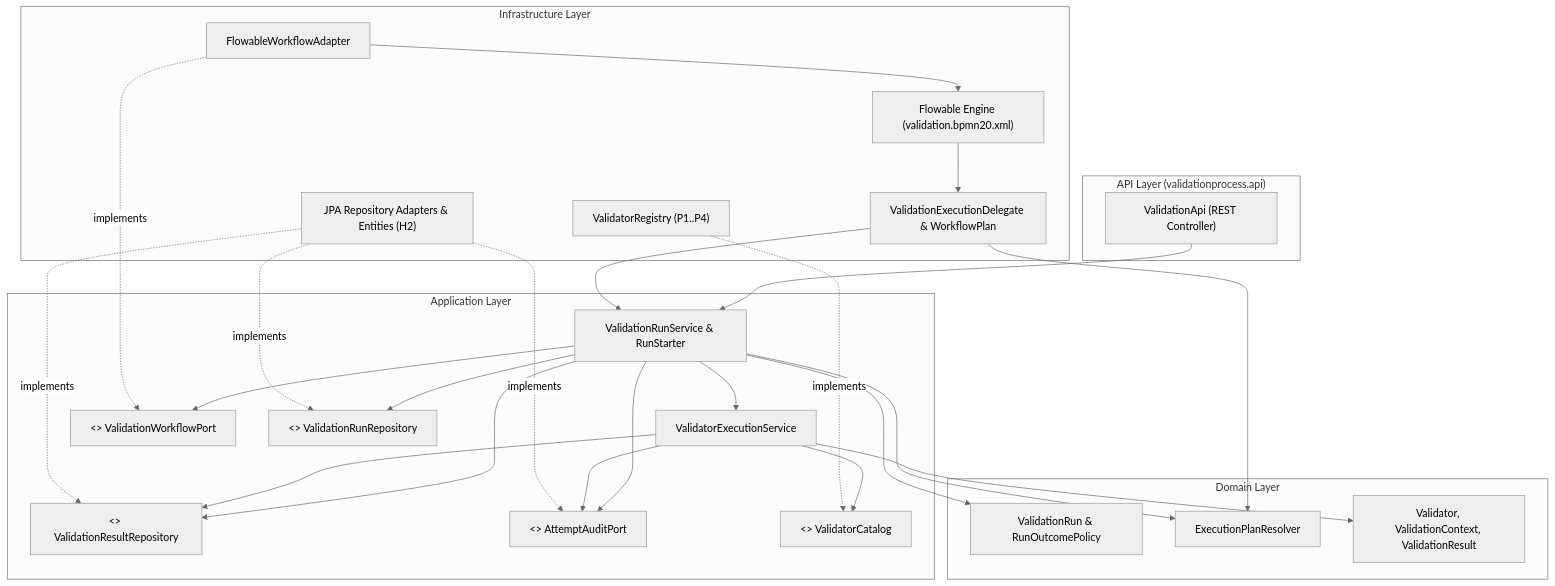
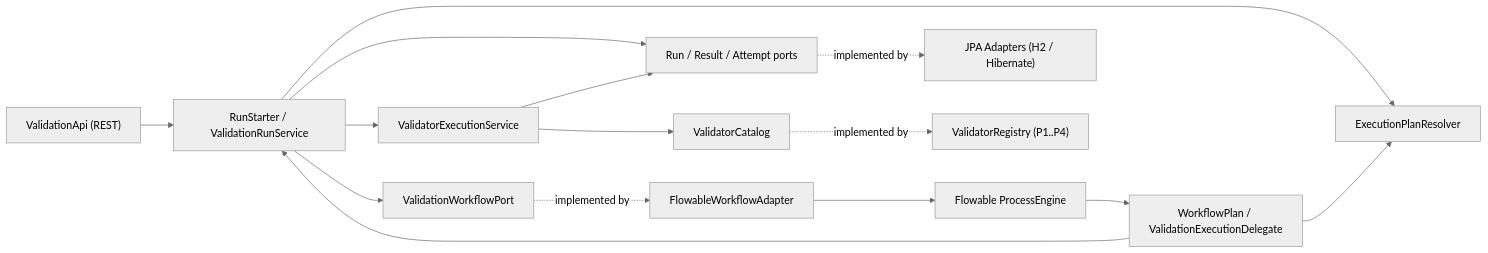
Before and after one commit to DanielSiebert/flowable-spring: the diagram in docs/architecture.md, drawn with Mermaid (neutral theme). The commit also changed other lines of this file and 11 other files, not shown here.

First line of the commit message:
docs: consolidate project documentation into exactly three documents and fix REST schema

````diff
--- a/docs/architecture.md
+++ b/docs/architecture.md
@@ -123,55 +111,17 @@
 ```mermaid
-flowchart TD
-    subgraph API["API Layer (validationprocess.api)"]
-        REST["ValidationApi (REST Controller)"]
-    end
-
-    subgraph APP["Application Layer"]
-        VRS["ValidationRunService & RunStarter"]
-        VES["ValidatorExecutionService"]
-        WFP["<<port>> ValidationWorkflowPort"]
-        RRP["<<port>> ValidationRunRepository"]
-        VRR["<<port>> ValidationResultRepository"]
-        AAP["<<port>> AttemptAuditPort"]
-        VCAT["<<port>> ValidatorCatalog"]
-    end
-
-    subgraph DOM["Domain Layer"]
-        VRUN["ValidationRun & RunOutcomePolicy"]
-        EPR["ExecutionPlanResolver"]
-        VAL["Validator, ValidationContext, ValidationResult"]
-    end
-
-    subgraph INFRA["Infrastructure Layer"]
-        FWA["FlowableWorkflowAdapter"]
-        BPMN["Flowable Engine (validation.bpmn20.xml)"]
-        DEL["ValidationExecutionDelegate & WorkflowPlan"]
-        JPA["JPA Repository Adapters & Entities (H2)"]
-        VREG["ValidatorRegistry (P1..P4)"]
-    end
-
-    REST --> VRS
-    VRS --> VRUN
-    VRS --> EPR
-    VRS --> VES
-    VRS --> WFP
-    VRS --> RRP
-    VRS --> VRR
-    VRS --> AAP
-
-    VES --> VAL
-    VES --> VCAT
-    VES --> VRR
-    VES --> AAP
-
-    FWA -. implements .-> WFP
-    FWA --> BPMN
-    BPMN --> DEL
-    DEL --> VRS
-    DEL --> EPR
-
-    JPA -. implements .-> RRP
-    JPA -. implements .-> VRR
-    JPA -. implements .-> AAP
-    VREG -. implements .-> VCAT
+flowchart LR
+    REST["ValidationApi (REST)"] --> RUNSVC["RunStarter / ValidationRunService"]
+    RUNSVC --> PLAN["ExecutionPlanResolver"]
+    RUNSVC --> EXEC["ValidatorExecutionService"]
+    RUNSVC --> WFPORT["ValidationWorkflowPort"]
+    RUNSVC --> REPOS["Run / Result / Attempt ports"]
+    EXEC --> CAT["ValidatorCatalog"]
+    EXEC --> REPOS
+    WFPORT -. implemented by .-> FWA["FlowableWorkflowAdapter"]
+    FWA --> ENGINE["Flowable ProcessEngine"]
+    ENGINE --> DELEGATES["WorkflowPlan / ValidationExecutionDelegate"]
+    DELEGATES --> PLAN
+    DELEGATES --> RUNSVC
+    REPOS -. implemented by .-> JPA["JPA Adapters (H2 / Hibernate)"]
+    CAT -. implemented by .-> REG["ValidatorRegistry (P1..P4)"]
 ```
````
